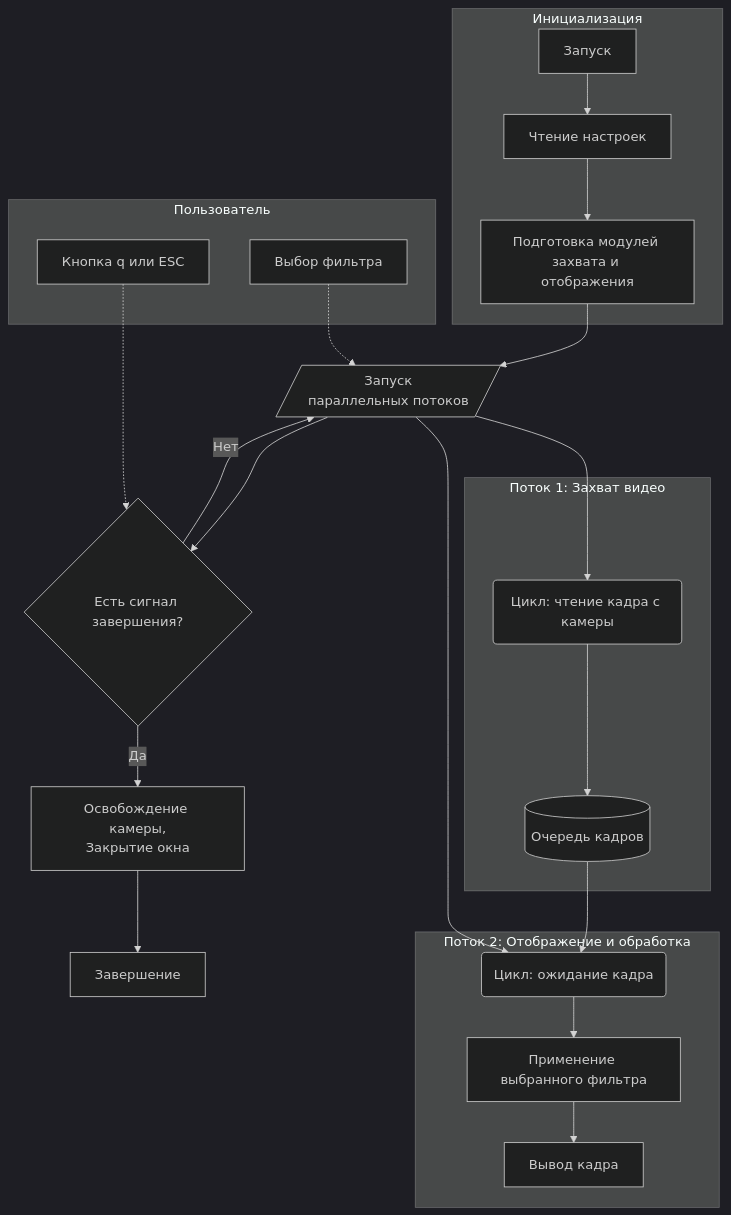
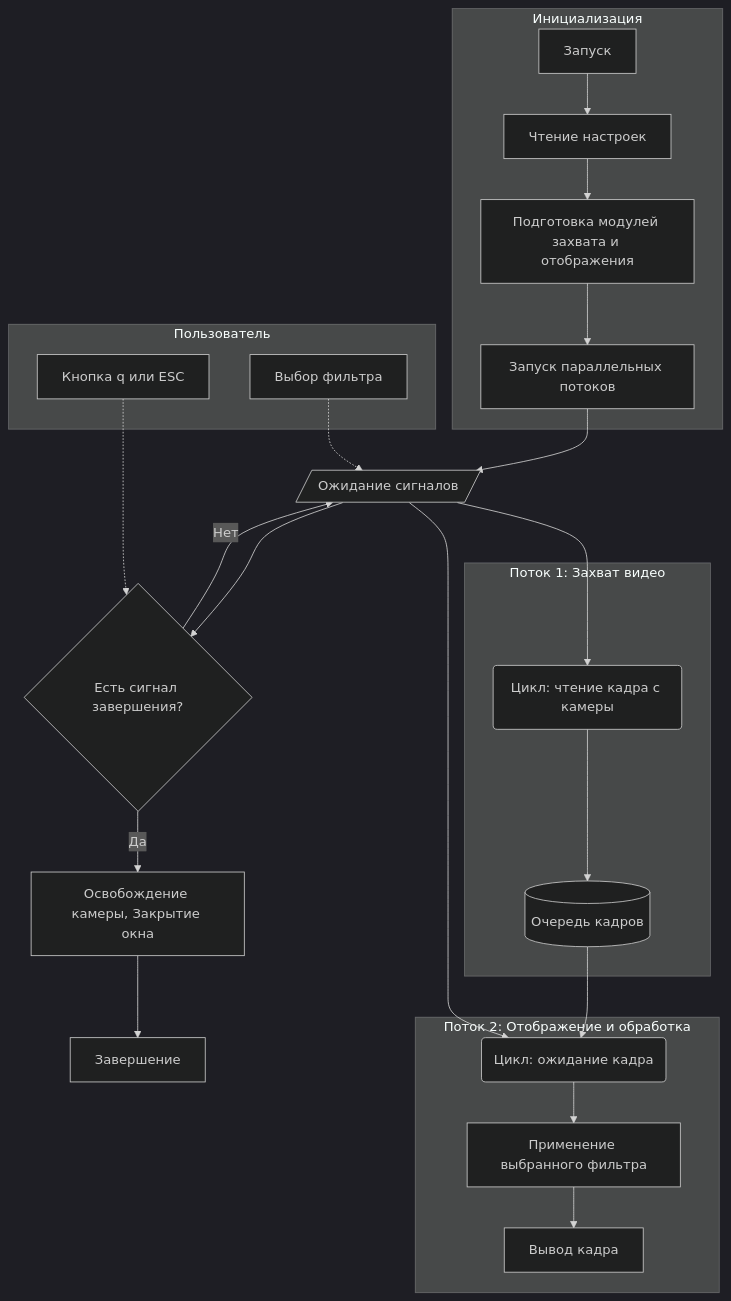
The diagram in README.md (DalekTek/video_capture_app), drawn with Mermaid (dark theme) before and after one commit.

Commit message:
docs: обновлена схема работы проекта

````diff
--- a/README.md
+++ b/README.md
@@ -81,33 +81,39 @@
 ```mermaid
 graph TD
     subgraph "Инициализация"
         A["Запуск"] --> B["Чтение настроек"];
         B --> C["Подготовка модулей захвата и отображения"];
+        C --> D["Запуск параллельных потоков"];
     end
     
     subgraph "Поток 1: Захват видео"
         E("Цикл: чтение кадра с камеры") --> F[("Очередь кадров")];
     end
 
     subgraph "Поток 2: Отображение и обработка"
         F --> G("Цикл: ожидание кадра");
         G --> H["Применение выбранного фильтра"];
         H --> I["Вывод кадра"];
     end
 
     subgraph "Пользователь"
         J["Кнопка q или ESC"]
         W["Выбор фильтра"];
     end
-    D --> E
-    D --> G
-    C --> D
-    D --> Q{"Есть сигнал завершения?"};
-    Q -->|Да| L["Освобождение камеры,\nЗакрытие окна"];
-    Q -->|Нет| D[/"Запуск\nпараллельных потоков"/];
+    S[/"Ожидание сигналов"/]
     Z["Завершение"]
+    D --> S
+    S --> E
+    S --> G
+    S --> Q{"Есть сигнал завершения?"};
+    Q -->|Да| L["Освобождение камеры, Закрытие окна"];
+	Q -->|Нет| S;
+	
+	W -.-> S;
+    J -.-> Q;
     
-    W -.-> D;
-    J -.-> Q;
     L --> Z;
+    
+    
+
 ```
````
